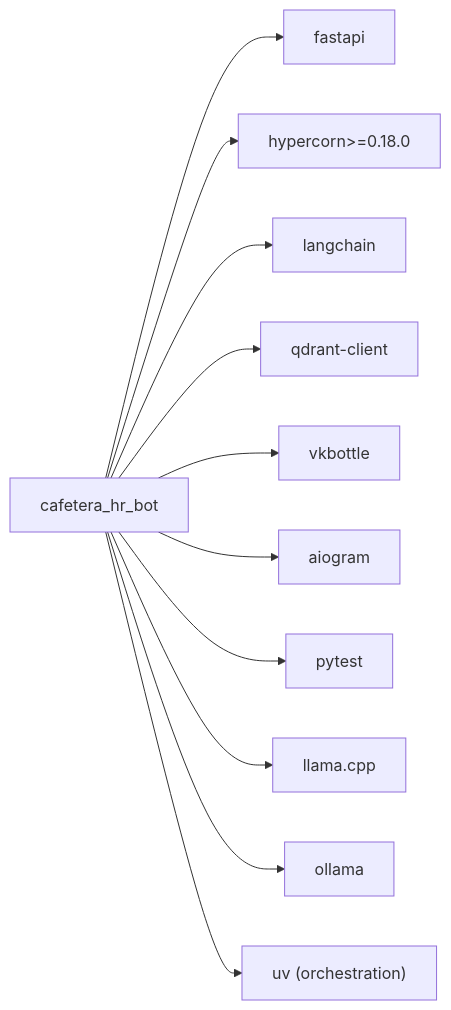
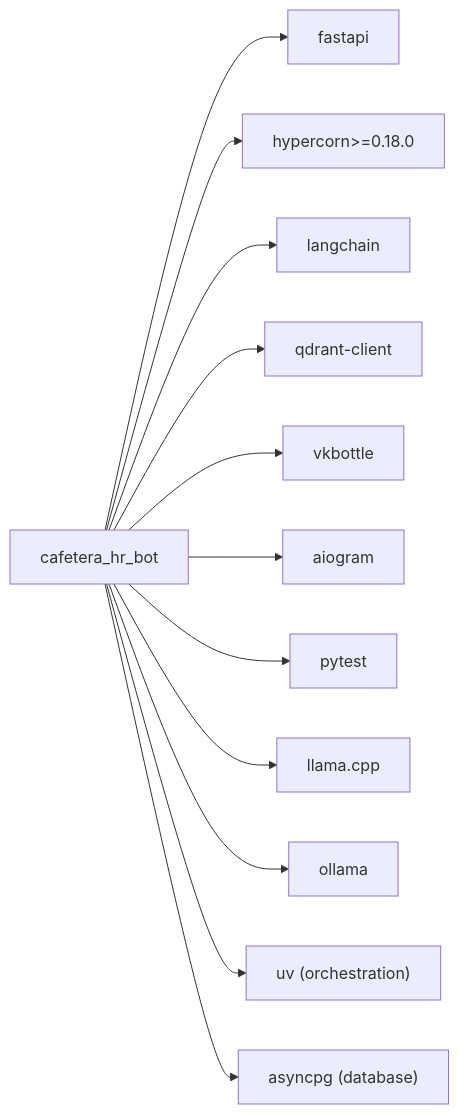
Diagram 16 of 16 in .qoder/repowiki/en/content/Deployment and Operations.md (ognelis/cafetera_hr_bot), drawn with Mermaid before and after one commit. The commit also changed other lines of this file and 13 other files, not shown here.

````diff
--- a/.qoder/repowiki/en/content/Deployment and Operations.md
+++ b/.qoder/repowiki/en/content/Deployment and Operations.md
@@ -559,24 +671,26 @@
 ```mermaid
 graph LR
 App["cafetera_hr_bot"]
 FastAPI["fastapi"]
 Hypercorn["hypercorn>=0.18.0"]
 LangChain["langchain"]
 QdrantClient["qdrant-client"]
 VK["vkbottle"]
 Telegram["aiogram"]
 Tests["pytest"]
 LlamaCpp["llama.cpp"]
 Ollama["ollama"]
 Uv["uv (orchestration)"]
+PostgreSQL["asyncpg (database)"]
 App --> FastAPI
 App --> Hypercorn
 App --> LangChain
 App --> QdrantClient
 App --> VK
 App --> Telegram
 App --> Tests
 App --> LlamaCpp
 App --> Ollama
 App --> Uv
+App --> PostgreSQL
 ```
````
